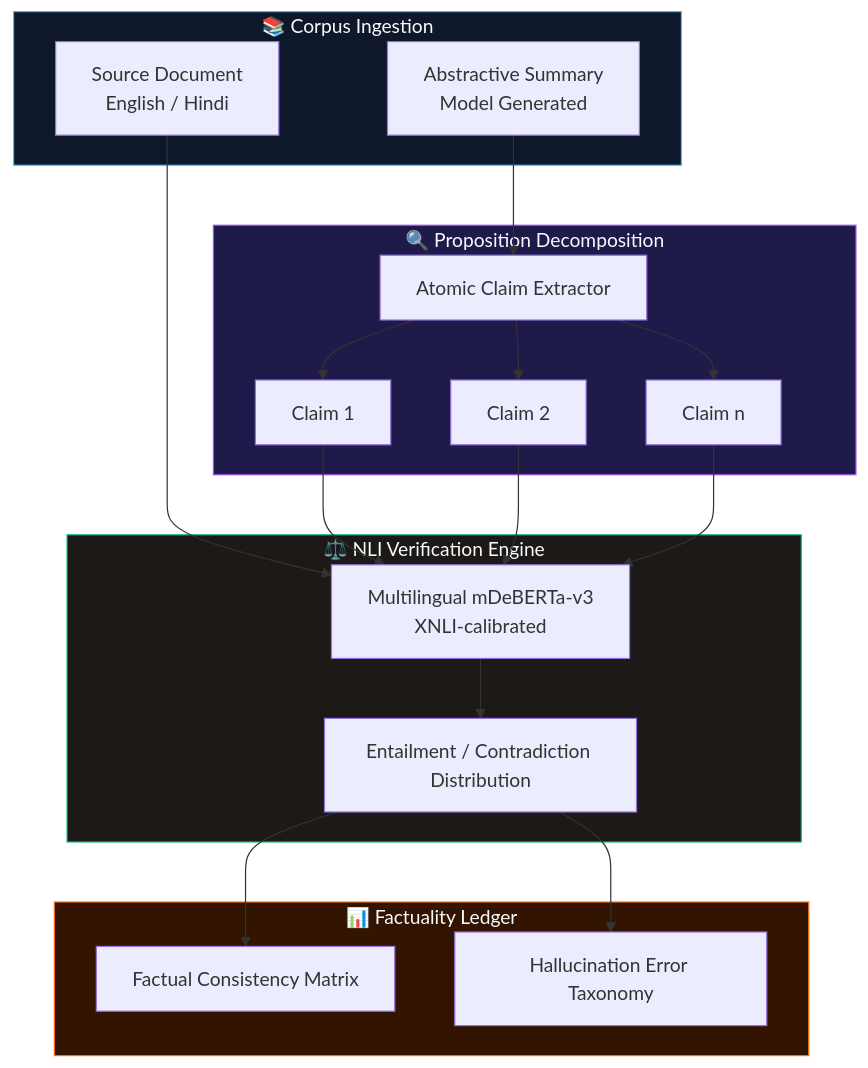
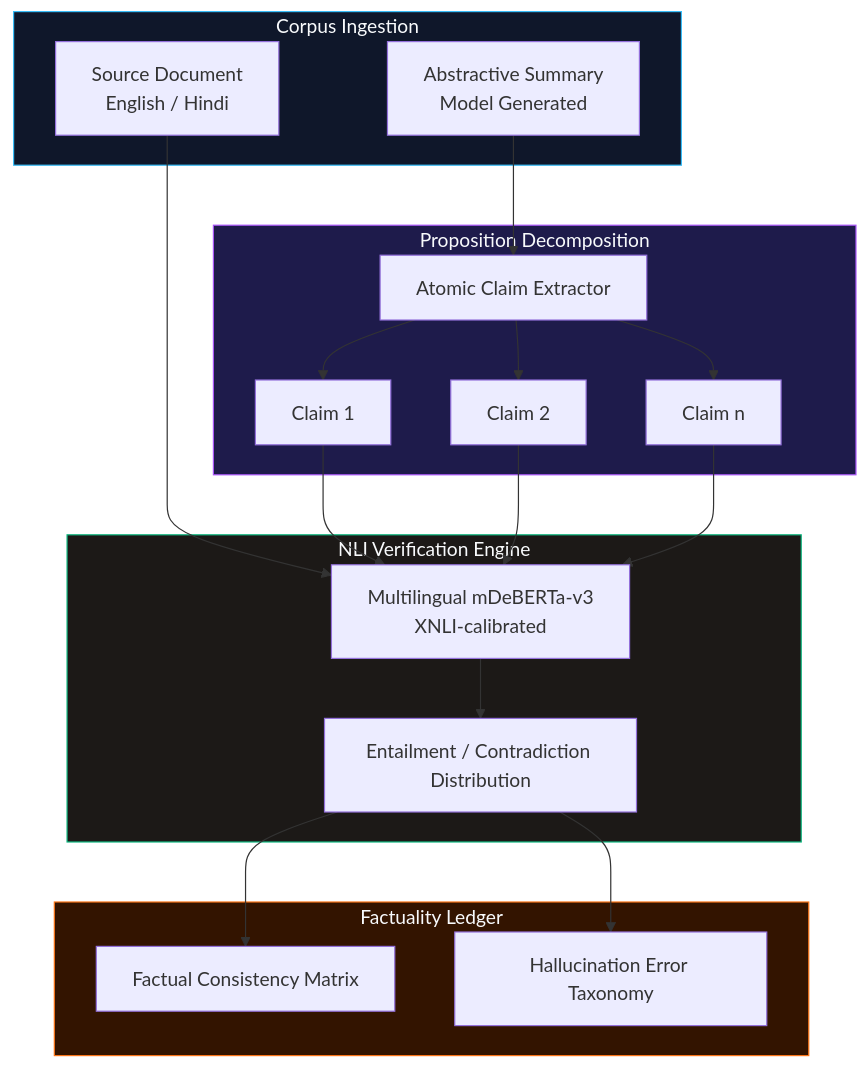
Before and after one commit to Riwitika/FactIndic: the diagram in README.md, drawn with Mermaid. The commit also changed other lines of this file, not shown here.

Commit message:
docs: polish README with professional minimal styling (clean headings and diagrams)

````diff
--- a/README.md
+++ b/README.md
@@ -35,29 +35,29 @@
 ```mermaid
 flowchart TD
-    subgraph Corpus["📚 Corpus Ingestion"]
+    subgraph Corpus["Corpus Ingestion"]
         Src[Source Document<br/>English / Hindi]
         Sum[Abstractive Summary<br/>Model Generated]
     end
 
-    subgraph Extraction["🔍 Proposition Decomposition"]
+    subgraph Extraction["Proposition Decomposition"]
         Sum --> Splitter[Atomic Claim Extractor]
         Splitter --> C1[Claim 1]
         Splitter --> C2[Claim 2]
         Splitter --> Cn[Claim n]
     end
 
-    subgraph Inference["⚖️ NLI Verification Engine"]
+    subgraph Inference["NLI Verification Engine"]
         Src & C1 & C2 & Cn --> NLI[Multilingual mDeBERTa-v3<br/>XNLI-calibrated]
         NLI --> Probs["Entailment / Contradiction Distribution"]
     end
 
-    subgraph Metrics["📊 Factuality Ledger"]
+    subgraph Metrics["Factuality Ledger"]
         Probs --> FactualReport[Factual Consistency Matrix]
         Probs --> HallucinationAudit[Hallucination Error Taxonomy]
     end
 
     style Corpus fill:#0f172a,stroke:#38bdf8,color:#f8fafc
     style Extraction fill:#1e1b4b,stroke:#a855f7,color:#f8fafc
     style Inference fill:#1c1917,stroke:#10b981,color:#f8fafc
     style Metrics fill:#331400,stroke:#f97316,color:#f8fafc
 ```
````
